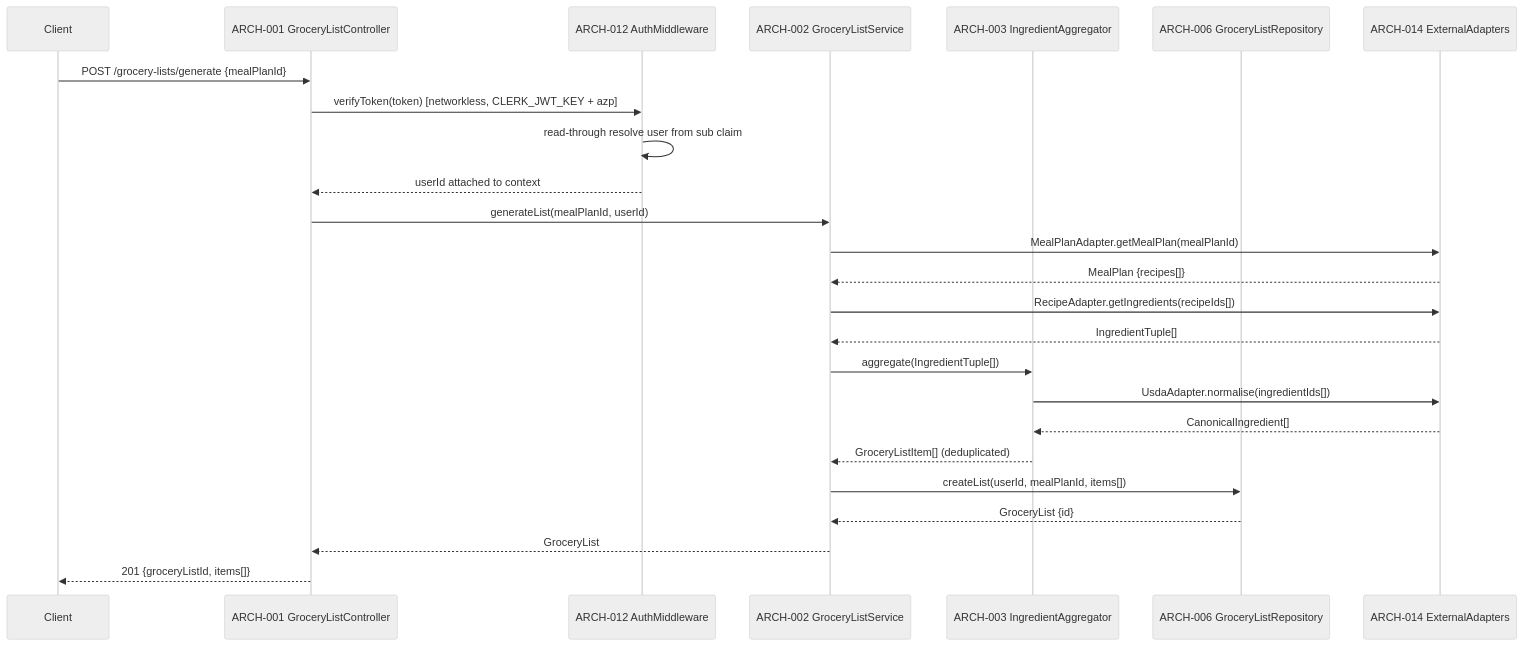
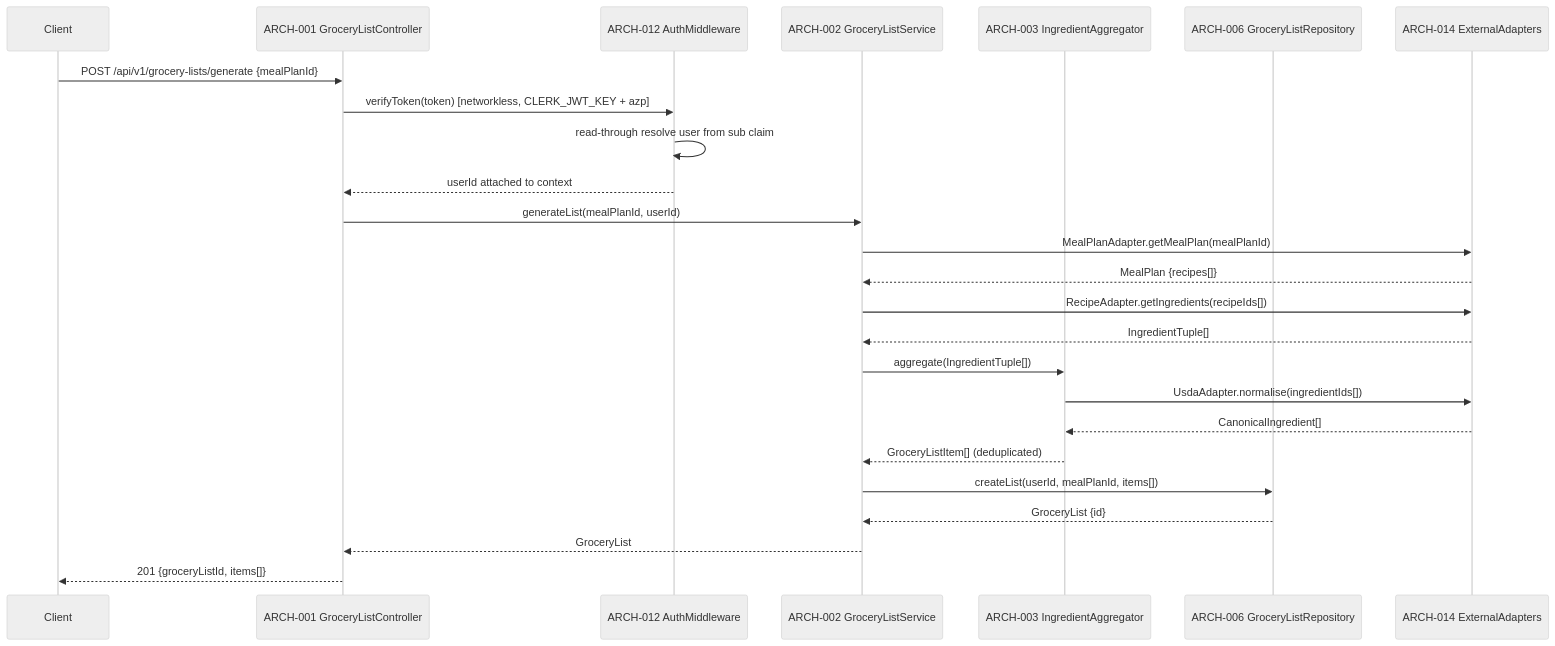
The first of 3 diagrams in specs/007-grocery-lists/v-model/architecture-design.md (radicle-co/KitchenSink), drawn with Mermaid (neutral theme) before and after one commit. The commit also changed other lines of this file and 98 other files, not shown here.

````diff
--- a/specs/007-grocery-lists/v-model/architecture-design.md
+++ b/specs/007-grocery-lists/v-model/architecture-design.md
@@ -43,28 +43,28 @@
 ```mermaid
 sequenceDiagram
     participant Client
     participant C1 as ARCH-001 GroceryListController
     participant G12 as ARCH-012 AuthMiddleware
     participant S2 as ARCH-002 GroceryListService
     participant A3 as ARCH-003 IngredientAggregator
     participant R6 as ARCH-006 GroceryListRepository
     participant E14 as ARCH-014 ExternalAdapters
 
-    Client->>C1: POST /grocery-lists/generate {mealPlanId}
+    Client->>C1: POST /api/v1/grocery-lists/generate {mealPlanId}
     C1->>G12: verifyToken(token) [networkless, CLERK_JWT_KEY + azp]
     G12->>G12: read-through resolve user from sub claim
     G12-->>C1: userId attached to context
     C1->>S2: generateList(mealPlanId, userId)
     S2->>E14: MealPlanAdapter.getMealPlan(mealPlanId)
     E14-->>S2: MealPlan {recipes[]}
     S2->>E14: RecipeAdapter.getIngredients(recipeIds[])
     E14-->>S2: IngredientTuple[]
     S2->>A3: aggregate(IngredientTuple[])
     A3->>E14: UsdaAdapter.normalise(ingredientIds[])
     E14-->>A3: CanonicalIngredient[]
     A3-->>S2: GroceryListItem[] (deduplicated)
     S2->>R6: createList(userId, mealPlanId, items[])
     R6-->>S2: GroceryList {id}
     S2-->>C1: GroceryList
     C1-->>Client: 201 {groceryListId, items[]}
 ```
````
